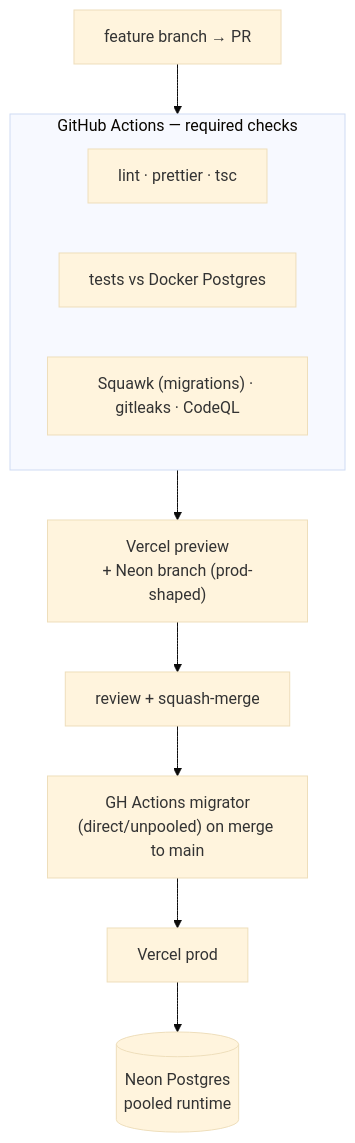
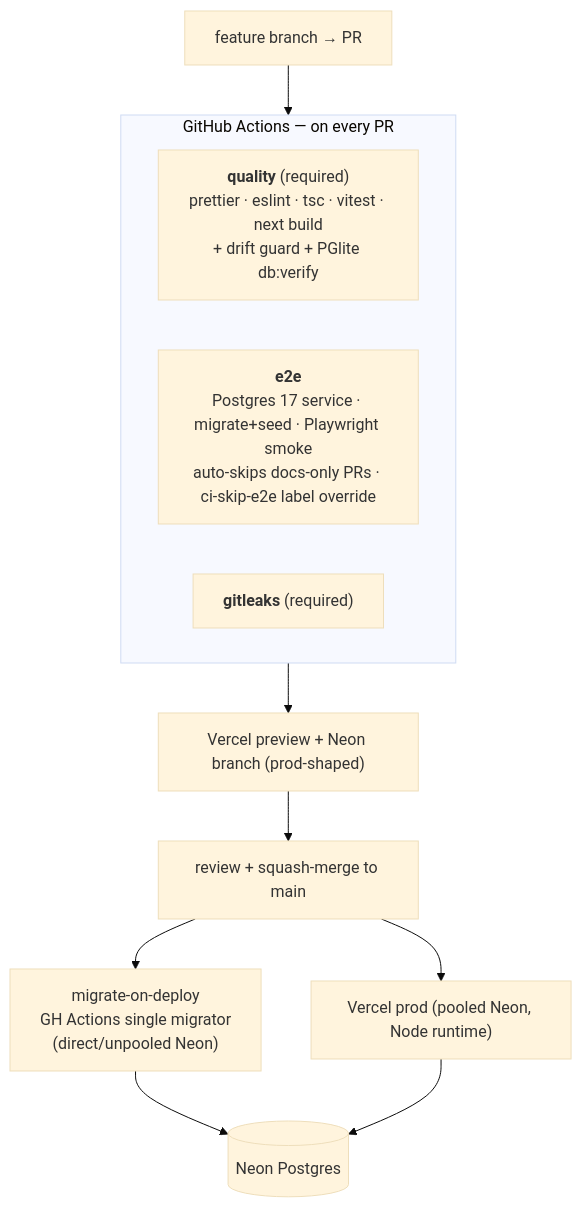
One commit to ralamode/mat-plan changed the sixth of 8 diagrams in docs/architecture.md. Above: the diagram before and after it, drawn with Mermaid (base theme). The commit also changed other lines of this file, not shown here.

First line of the commit message:
docs(architecture): refresh ERD + CI topology, add v1 model & build-order diagrams

````diff
--- a/docs/architecture.md
+++ b/docs/architecture.md
@@ -97,14 +144,15 @@
 ```mermaid
 flowchart TB
   DEV["feature branch → PR"] --> CI
-  subgraph CI["GitHub Actions — required checks"]
-    L["lint · prettier · tsc"]
-    T["tests vs Docker Postgres"]
-    S["Squawk (migrations) · gitleaks · CodeQL"]
+  subgraph CI["GitHub Actions — on every PR"]
+    Q["<b>quality</b> (required)<br/>prettier · eslint · tsc · vitest · next build<br/>+ drift guard + PGlite db:verify"]
+    E["<b>e2e</b><br/>Postgres 17 service · migrate+seed · Playwright smoke<br/>auto-skips docs-only PRs · ci-skip-e2e label override"]
+    G["<b>gitleaks</b> (required)"]
   end
-  CI --> PREV["Vercel preview<br/>+ Neon branch (prod-shaped)"]
-  PREV --> REV["review + squash-merge"]
-  REV --> MIG["GH Actions migrator<br/>(direct/unpooled) on merge to main"]
-  MIG --> PROD["Vercel prod"]
-  PROD --> NEON[("Neon Postgres<br/>pooled runtime")]
+  CI --> PREV["Vercel preview + Neon branch (prod-shaped)"]
+  PREV --> REV["review + squash-merge to main"]
+  REV --> MIG["migrate-on-deploy<br/>GH Actions single migrator<br/>(direct/unpooled Neon)"]
+  REV --> PROD["Vercel prod (pooled Neon, Node runtime)"]
+  MIG --> NEON[("Neon Postgres")]
+  PROD --> NEON
 ```
````
